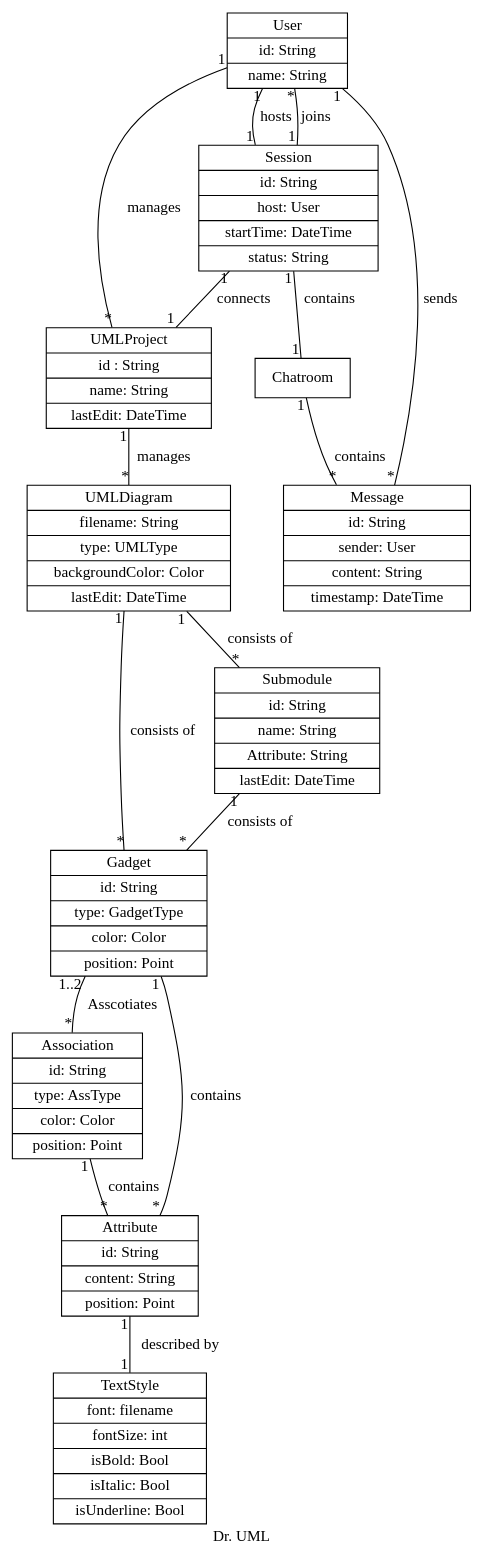
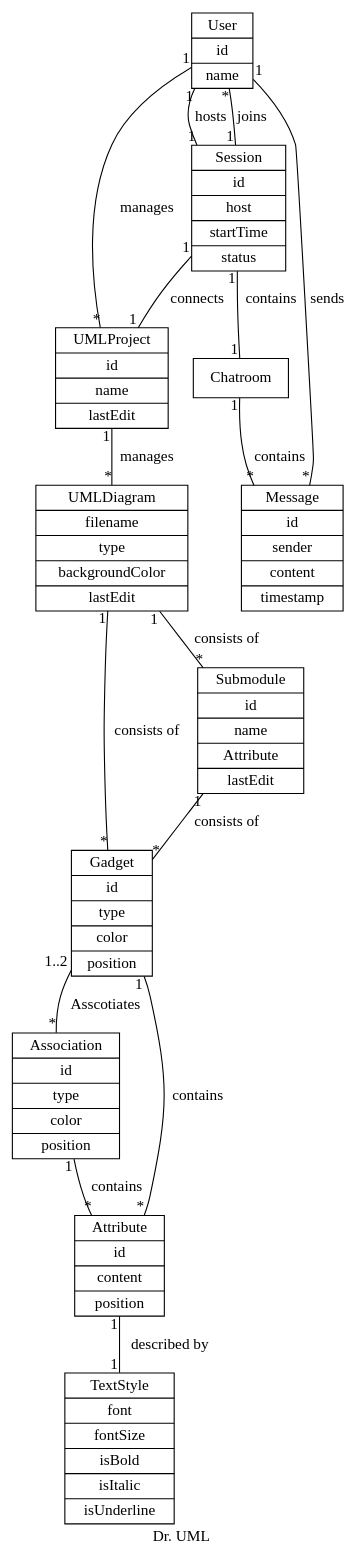
One commit to Vghxv/Dr.UML__________________ changed the diagram in docs/graphs/dm.dot. Above: the diagram before and after it, drawn with Graphviz.

Commit message:
fix(doc): remove attributes datatype in domain model diagram

```diff
--- a/docs/graphs/dm.dot
+++ b/docs/graphs/dm.dot
@@ -1,137 +1,33 @@
-graph DrUML{
-  graph [
-    label = "Dr. UML"
-    rankdir = "TB"
-  ]
-  
-  node [
-    shape = record
-  ]
+graph DrUML {
+    graph [label = "Dr. UML"; rankdir = "TB";];
+    
+    node [shape = record;];
 
-
-  User[
-    label="{User | id: String | name: String}"
-  ]
-  UMLProject[
-    label="{UMLProject | id : String | name: String| lastEdit: DateTime}"
-  ]
-  UMLDiagram[
-    label="{UMLDiagram | filename: String | type: UMLType | backgroundColor: Color | lastEdit: DateTime}"
-  ]
-  Gadget[
-    label="{Gadget | id: String | type: GadgetType | color: Color | position: Point}"
-  ]
-  Association [
-    label="{Association | id: String | type: AssType | color: Color | position: Point}"
-  ]
-  Submodule[
-    label="{Submodule | id: String | name: String | Attribute: String | lastEdit: DateTime}"
-  ]
-  Session[
-    label="{Session | id: String | host: User | startTime: DateTime | status: String}"
-  ]
-  Chatroom[
-    label="{Chatroom}"
-  ]
-  Message[
-    label="{Message | id: String | sender: User | content: String | timestamp: DateTime}"
-  ]
-  Attribute [ 
-    label="{Attribute | id: String | content: String | position: Point }"
-  ]
-  TextStyle [
-    label="{TextStyle | font: filename | fontSize: int | isBold: Bool | isItalic: Bool | isUnderline: Bool}"
-  ]
-
-
-  User -- UMLProject[
-    label = "manages"
-    headlabel = "*"
-    taillabel = "1"
-  ]
-
-  UMLProject -- UMLDiagram[
-    label = "manages"
-    headlabel = "*"
-    taillabel = "1"
-  ]
-
-  UMLDiagram -- Gadget[
-    label = "consists of"
-    headlabel = "*"
-    taillabel = "1"
-  ]
-
-  Submodule -- Gadget[
-    label = "consists of"
-    headlabel = "*"
-    taillabel = "1"
-  ]
-
-  Gadget -- Attribute[
-    label = "contains"
-    headlabel = "*"
-    taillabel = "1"
-  ]
-
-  Association -- Attribute[
-    label = "contains"
-    headlabel = "*"
-    taillabel = "1"
-  ]
-
-  Gadget -- Association[
-    label = "Asscotiates"
-    headlabel = "*"
-    taillabel = "1..2"
-  ]
-
-  UMLDiagram -- Submodule[
-    label = "consists of"
-    headlabel = "*"
-    taillabel = "1"
-  ]
-
-  User -- Session [
-    label = "hosts"
-    headlabel = "1"
-    taillabel = "1"
-  ]
-
-  User -- Session [
-    label = "joins"
-    headlabel = "1"
-    taillabel = "*"
-  ]
-
-  Session -- UMLProject[
-    label = "connects"
-    headlabel = "1"
-    taillabel = "1"
-  ]
-
-  Session -- Chatroom[
-    label = "contains"
-    headlabel = "1"
-    taillabel = "1"
-  ]
-
-  Chatroom -- Message[
-    label = "contains"
-    headlabel = "*"
-    taillabel = "1"
-  ]
-
-  User -- Message[
-    label = "sends"
-    headlabel = "*"
-    taillabel = "1"
-  ]
-
-  Attribute -- TextStyle[
-    label = "described by"
-    headlabel = "1"
-    taillabel = "1"
-  ]
-
+    User [label = "{User | id | name}";];
+    UMLProject [label = "{UMLProject | id | name | lastEdit}";];
+    UMLDiagram [label = "{UMLDiagram | filename | type | backgroundColor | lastEdit}";];
+    Gadget [label = "{Gadget | id | type | color | position}";];
+    Association [label = "{Association | id | type | color | position}";];
+    Submodule [label = "{Submodule | id| name | Attribute | lastEdit}";];
+    Session [label = "{Session | id| host | startTime | status}";];
+    Chatroom [label = "{Chatroom}";];
+    Message [label = "{Message | id | sender | content | timestamp}";];
+    Attribute [label = "{Attribute | id | content | position}";];
+    TextStyle [label = "{TextStyle | font | fontSize | isBold | isItalic | isUnderline}";];
+    
+    User -- UMLProject [label = "manages"; headlabel = "*"; taillabel = "1";];
+    UMLProject -- UMLDiagram [label = "manages"; headlabel = "*"; taillabel = "1";];
+    UMLDiagram -- Gadget [label = "consists of"; headlabel = "*"; taillabel = "1";];
+    Submodule -- Gadget [label = "consists of"; headlabel = "*"; taillabel = "1";];
+    Gadget -- Attribute [label = "contains"; headlabel = "*"; taillabel = "1";];
+    Association -- Attribute [label = "contains"; headlabel = "*"; taillabel = "1";];
+    Gadget -- Association [label = "Asscotiates"; headlabel = "*"; taillabel = "1..2";];
+    UMLDiagram -- Submodule [label = "consists of"; headlabel = "*"; taillabel = "1";];
+    User -- Session [label = "hosts"; headlabel = "1"; taillabel = "1";];
+    User -- Session [label = "joins"; headlabel = "1"; taillabel = "*";];
+    Session -- UMLProject [label = "connects"; headlabel = "1"; taillabel = "1";];
+    Session -- Chatroom [label = "contains"; headlabel = "1"; taillabel = "1";];
+    Chatroom -- Message [label = "contains"; headlabel = "*"; taillabel = "1";];
+    User -- Message [label = "sends"; headlabel = "*"; taillabel = "1";];
+    Attribute -- TextStyle [label = "described by"; headlabel = "1"; taillabel = "1";];
 }
```
